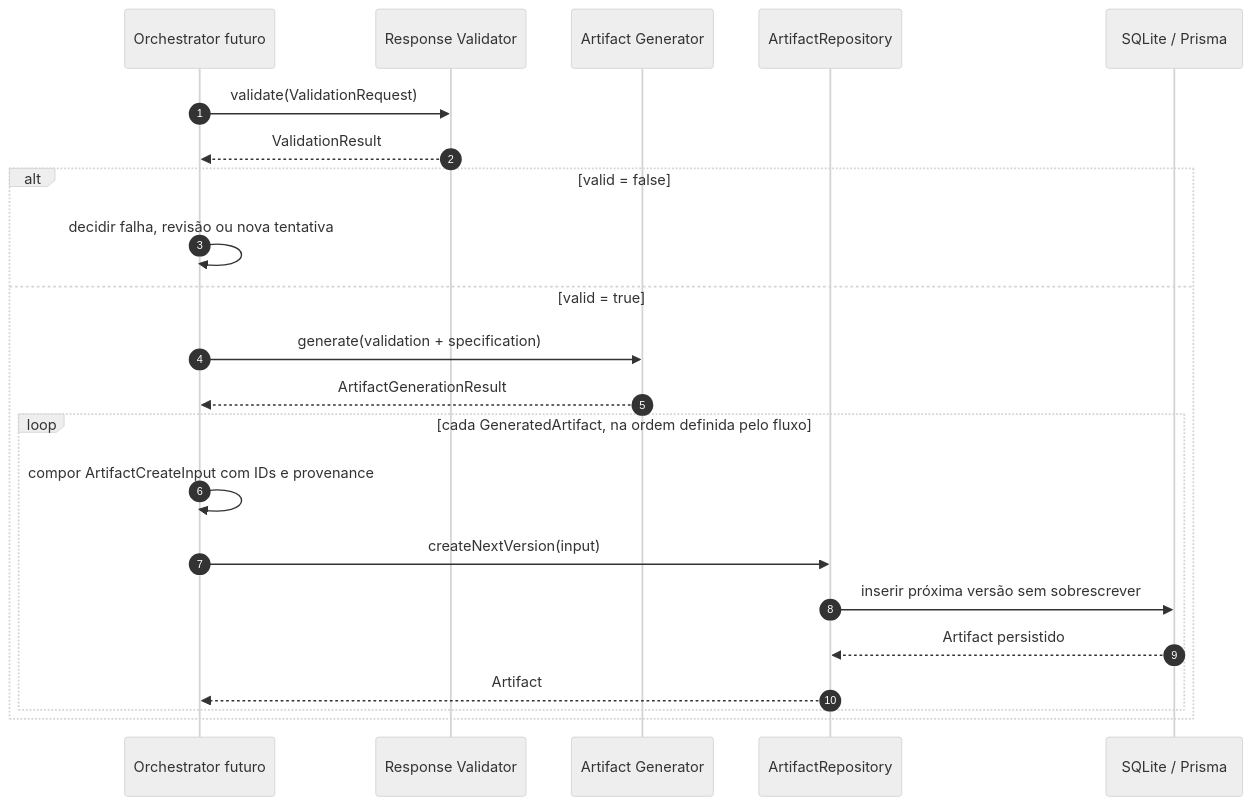
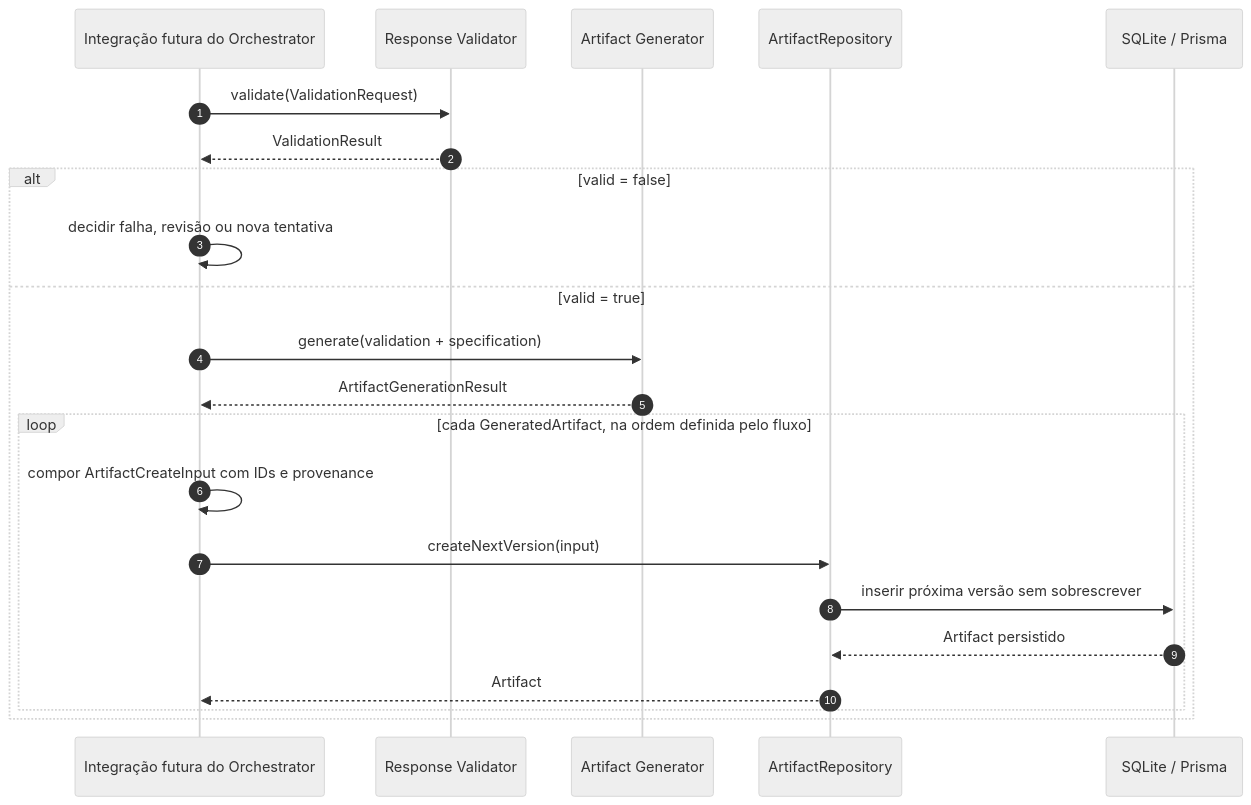
Before and after one commit to felipet66/brq-ai-factory: the fourth of 7 diagrams in knowledge/31-ARTIFACT_LIFECYCLE.md, drawn with Mermaid (neutral theme). The commit also changed other lines of this file and 62 other files, not shown here.

````diff
--- a/knowledge/31-ARTIFACT_LIFECYCLE.md
+++ b/knowledge/31-ARTIFACT_LIFECYCLE.md
@@ -101,27 +101,27 @@
 ```mermaid
 sequenceDiagram
     autonumber
-    participant O as Orchestrator futuro
+    participant O as Integração futura do Orchestrator
     participant V as Response Validator
     participant G as Artifact Generator
     participant R as ArtifactRepository
     participant DB as SQLite / Prisma
 
     O->>V: validate(ValidationRequest)
     V-->>O: ValidationResult
 
     alt valid = false
         O->>O: decidir falha, revisão ou nova tentativa
     else valid = true
         O->>G: generate(validation + specification)
         G-->>O: ArtifactGenerationResult
 
         loop cada GeneratedArtifact, na ordem definida pelo fluxo
             O->>O: compor ArtifactCreateInput com IDs e provenance
             O->>R: createNextVersion(input)
             R->>DB: inserir próxima versão sem sobrescrever
             DB-->>R: Artifact persistido
             R-->>O: Artifact
         end
     end
 ```
````
